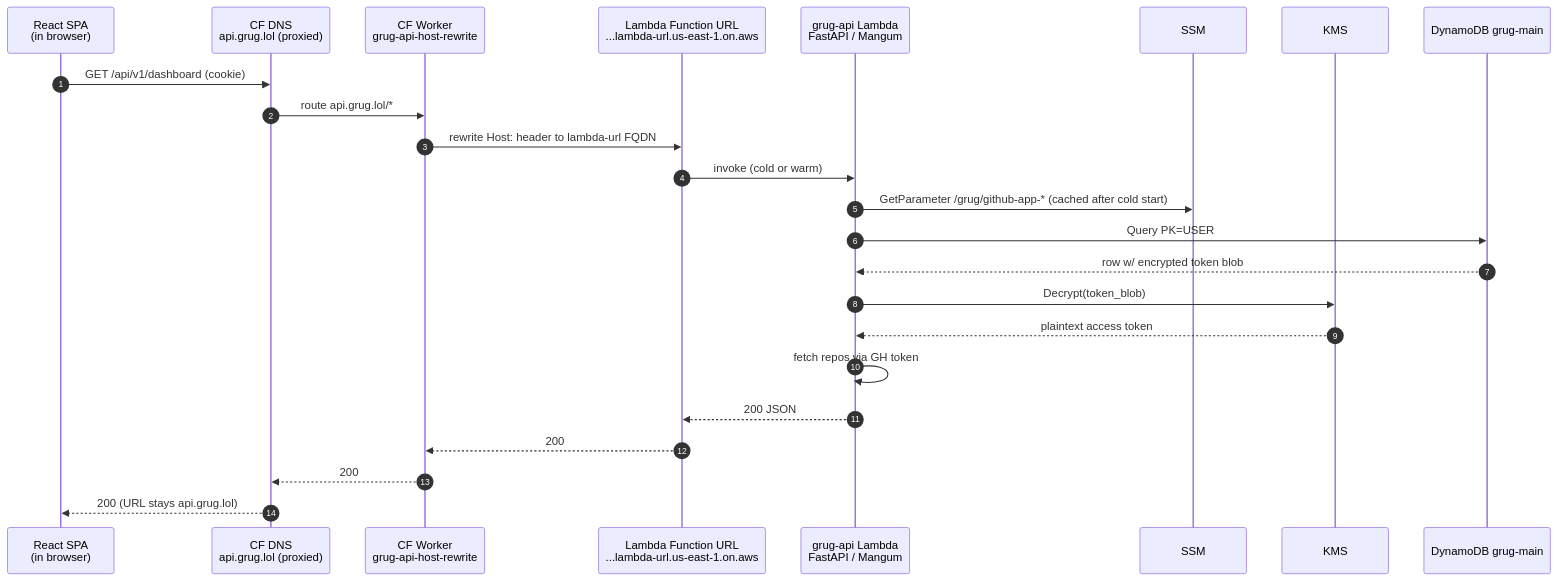
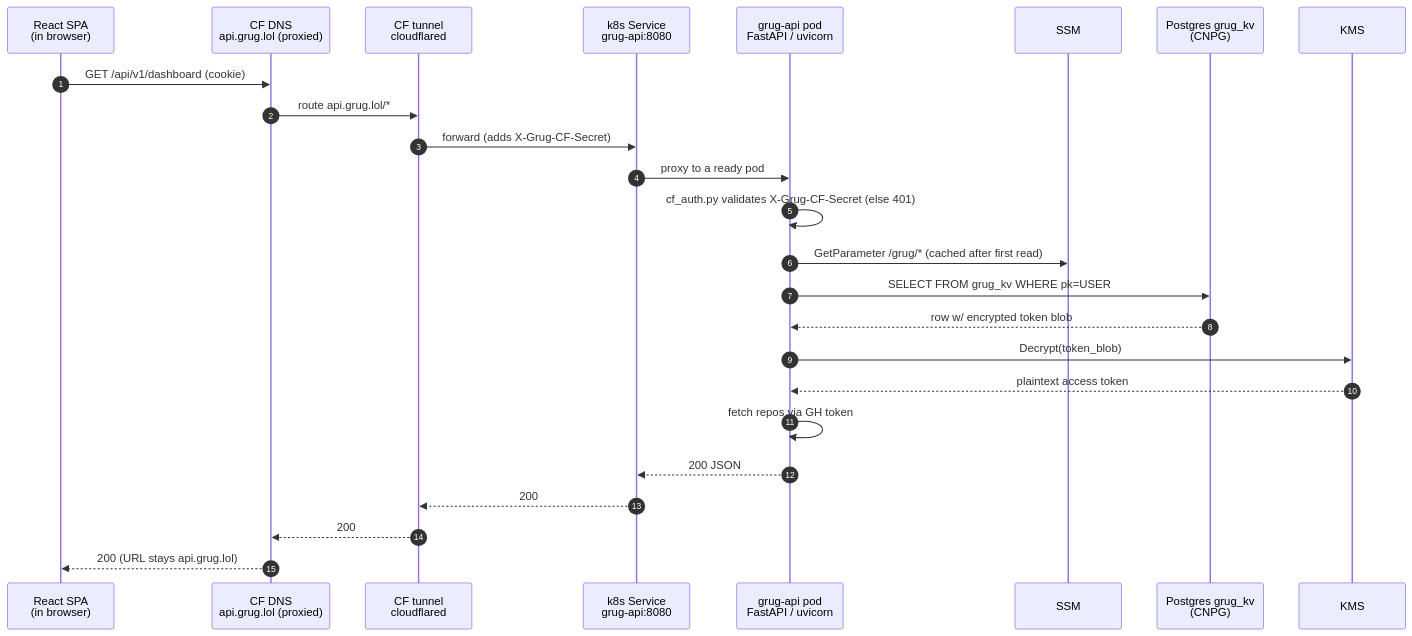
One commit to quadseven/grug changed the second of 6 diagrams in docs/NETWORK-TOPOLOGY.md. Above: the diagram before and after it, drawn with Mermaid. The commit also changed other lines of this file, not shown here.

First line of the commit message:
docs(grug): rewrite NETWORK-TOPOLOGY for the k8s/tunnel/CNPG/SQS runtime

````diff
--- a/docs/NETWORK-TOPOLOGY.md
+++ b/docs/NETWORK-TOPOLOGY.md
@@ -73,27 +101,28 @@
 ```mermaid
 sequenceDiagram
     autonumber
     participant SPA as React SPA<br/>(in browser)
     participant CFDNS as CF DNS<br/>api.grug.lol (proxied)
-    participant Worker as CF Worker<br/>grug-api-host-rewrite
-    participant FURL as Lambda Function URL<br/>...lambda-url.us-east-1.on.aws
-    participant API as grug-api Lambda<br/>FastAPI / Mangum
+    participant Tunnel as CF tunnel<br/>cloudflared
+    participant SVC as k8s Service<br/>grug-api:8080
+    participant API as grug-api pod<br/>FastAPI / uvicorn
     participant SSM
+    participant PG as Postgres grug_kv<br/>(CNPG)
     participant KMS
-    participant DDB as DynamoDB grug-main
 
     SPA->>CFDNS: GET /api/v1/dashboard (cookie)
-    CFDNS->>Worker: route api.grug.lol/*
-    Worker->>FURL: rewrite Host: header to lambda-url FQDN
-    FURL->>API: invoke (cold or warm)
-    API->>SSM: GetParameter /grug/github-app-* (cached after cold start)
-    API->>DDB: Query PK=USER#<gh_id>
-    DDB-->>API: row w/ encrypted token blob
+    CFDNS->>Tunnel: route api.grug.lol/*
+    Tunnel->>SVC: forward (adds X-Grug-CF-Secret)
+    SVC->>API: proxy to a ready pod
+    API->>API: cf_auth.py validates X-Grug-CF-Secret (else 401)
+    API->>SSM: GetParameter /grug/* (cached after first read)
+    API->>PG: SELECT FROM grug_kv WHERE pk=USER#<gh_id>
+    PG-->>API: row w/ encrypted token blob
     API->>KMS: Decrypt(token_blob)
     KMS-->>API: plaintext access token
     API->>API: fetch repos via GH token
-    API-->>FURL: 200 JSON
-    FURL-->>Worker: 200
-    Worker-->>CFDNS: 200
+    API-->>SVC: 200 JSON
+    SVC-->>Tunnel: 200
+    Tunnel-->>CFDNS: 200
     CFDNS-->>SPA: 200 (URL stays api.grug.lol)
 ```
````
